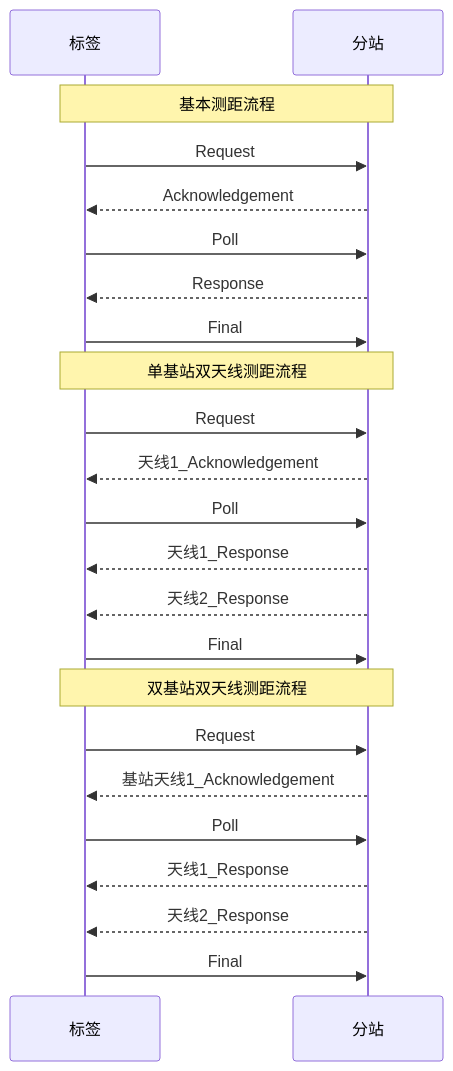
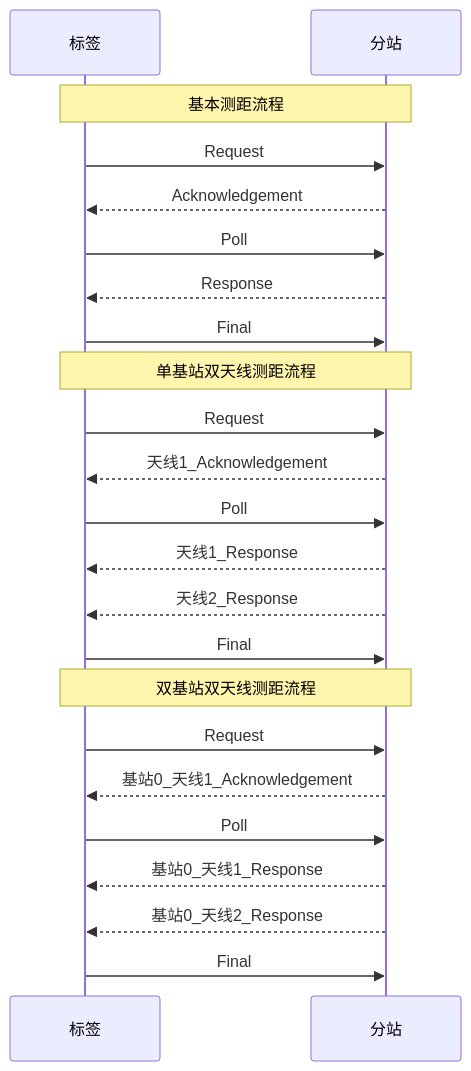
One commit to geek-zhao/iodraw-files changed the diagram in all/未命名.md. Above: the diagram before and after it, drawn with Mermaid.

Commit message:
2024-08-17 14:15:06 update

````diff
--- a/all/未命名.md
+++ b/all/未命名.md
@@ -1,28 +1,28 @@
 ```mermaid
 sequenceDiagram
     participant tag as 标签
     participant anchor as 分站
 
     Note over tag,anchor: 基本测距流程
     tag->>anchor: Request
     anchor-->>tag: Acknowledgement
     tag->>anchor: Poll
     anchor-->>tag: Response
     tag->>anchor: Final       
 
     Note over tag,anchor: 单基站双天线测距流程
     tag->>anchor: Request
     anchor-->>tag: 天线1_Acknowledgement
     tag->>anchor: Poll
     anchor-->>tag: 天线1_Response 
     anchor-->>tag: 天线2_Response
     tag->>anchor: Final   
 
     Note over tag,anchor: 双基站双天线测距流程
     tag->>anchor: Request
-    anchor-->>tag: 基站天线1_Acknowledgement
+    anchor-->>tag: 基站0_天线1_Acknowledgement
     tag->>anchor: Poll
-    anchor-->>tag: 天线1_Response 
-    anchor-->>tag: 天线2_Response
+    anchor-->>tag: 基站0_天线1_Response 
+    anchor-->>tag: 基站0_天线2_Response
     tag->>anchor: Final   
 ```
````
